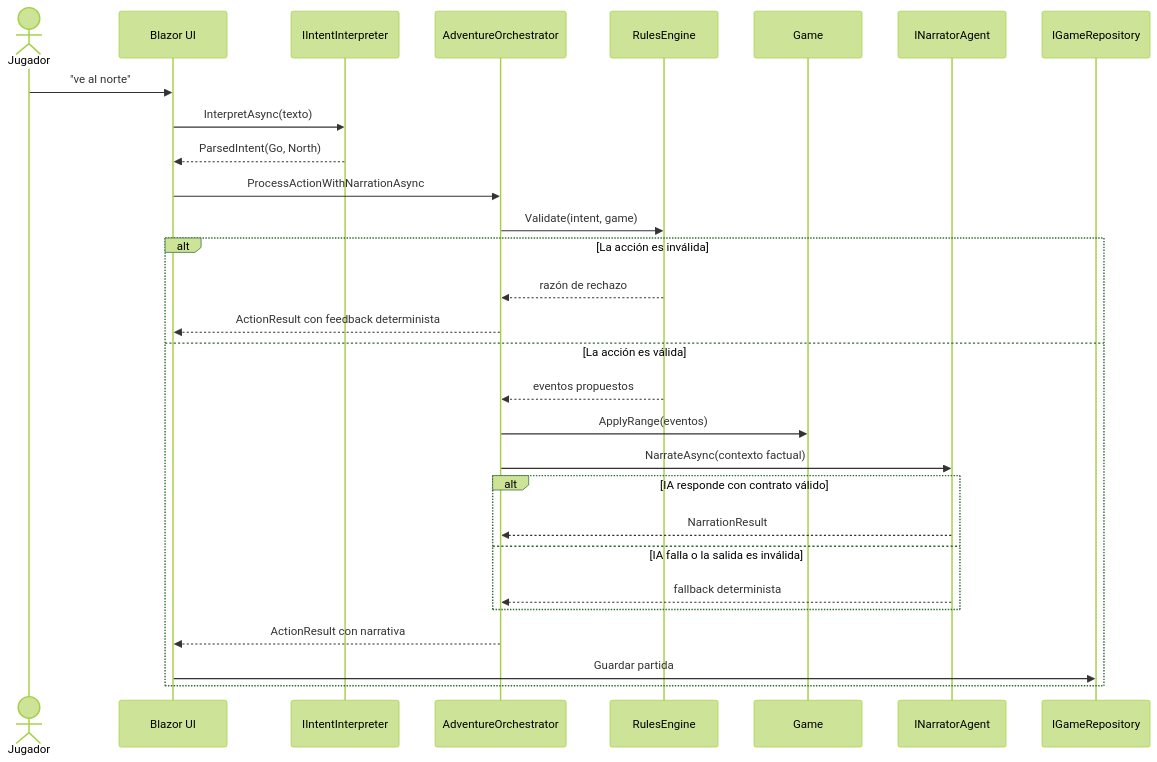
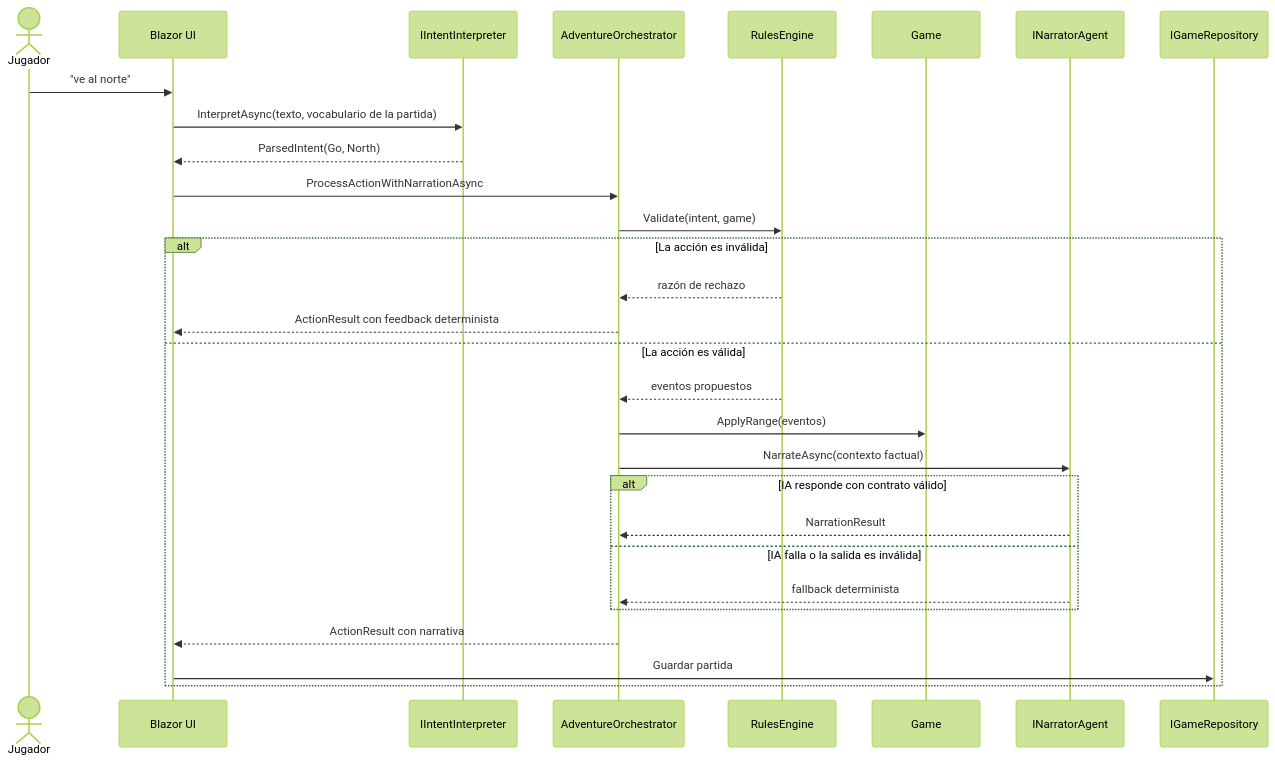
The first of 5 diagrams in docs/technical-talk/runtime-flows.md (sparraguerra/ai-spectrum-adventure), drawn with Mermaid (forest theme) before and after one commit. The commit also changed other lines of this file and 6 other files, not shown here.

````diff
--- a/docs/technical-talk/runtime-flows.md
+++ b/docs/technical-talk/runtime-flows.md
@@ -7,32 +7,32 @@
 ```mermaid
 sequenceDiagram
     actor Player as Jugador
     participant UI as Blazor UI
     participant Intent as IIntentInterpreter
     participant Orchestrator as AdventureOrchestrator
     participant Rules as RulesEngine
     participant Game as Game
     participant Narrator as INarratorAgent
     participant Repo as IGameRepository
 
     Player->>UI: "ve al norte"
-    UI->>Intent: InterpretAsync(texto)
+    UI->>Intent: InterpretAsync(texto, vocabulario de la partida)
     Intent-->>UI: ParsedIntent(Go, North)
     UI->>Orchestrator: ProcessActionWithNarrationAsync
     Orchestrator->>Rules: Validate(intent, game)
     alt La acción es inválida
         Rules-->>Orchestrator: razón de rechazo
         Orchestrator-->>UI: ActionResult con feedback determinista
     else La acción es válida
         Rules-->>Orchestrator: eventos propuestos
         Orchestrator->>Game: ApplyRange(eventos)
         Orchestrator->>Narrator: NarrateAsync(contexto factual)
         alt IA responde con contrato válido
             Narrator-->>Orchestrator: NarrationResult
         else IA falla o la salida es inválida
             Narrator-->>Orchestrator: fallback determinista
         end
         Orchestrator-->>UI: ActionResult con narrativa
         UI->>Repo: Guardar partida
     end
 ```
````
